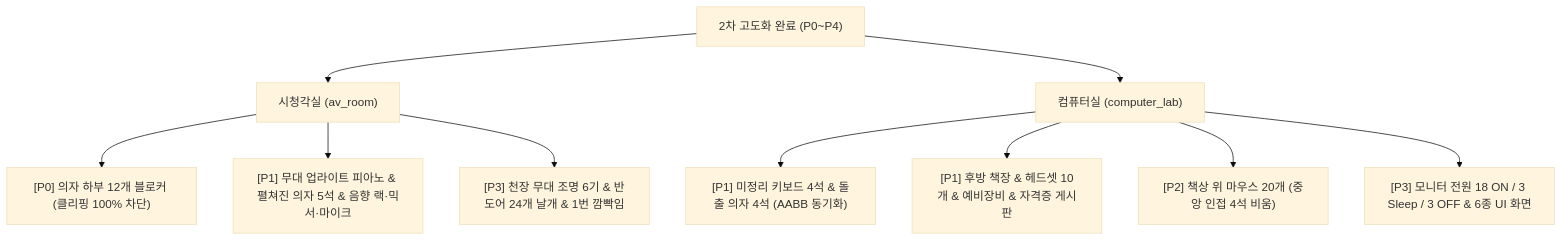
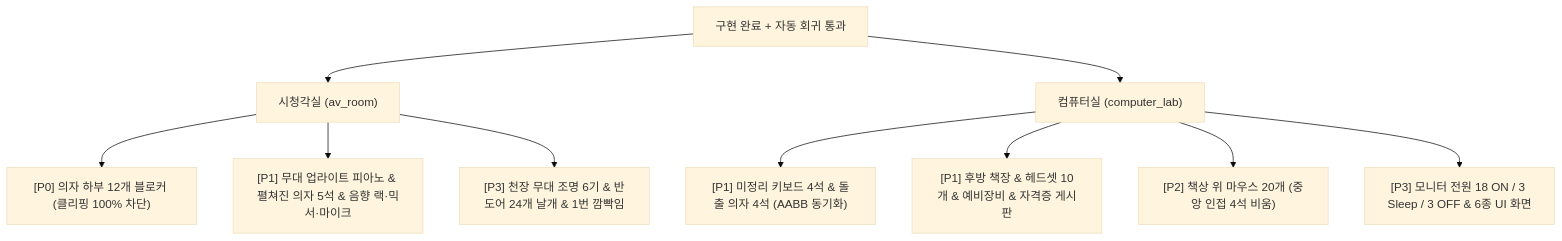
One commit to joonssem/eraser_hideandseek changed the diagram in docs/25_av_room_and_computer_lab_enhancement_completion_report.md. Above: the diagram before and after it, drawn with Mermaid (base theme). The commit also changed other lines of this file and 1 other file, not shown here.

````diff
--- a/docs/25_av_room_and_computer_lab_enhancement_completion_report.md
+++ b/docs/25_av_room_and_computer_lab_enhancement_completion_report.md
@@ -19,14 +19,14 @@
 ```mermaid
 graph TD
-    A["2차 고도화 완료 (P0~P4)"] --> B["시청각실 (av_room)"]
+    A["구현 완료 + 자동 회귀 통과"] --> B["시청각실 (av_room)"]
     A --> C["컴퓨터실 (computer_lab)"]
     
     B --> B0["[P0] 의자 하부 12개 블로커 (클리핑 100% 차단)"]
     B --> B1["[P1] 무대 업라이트 피아노 & 펼쳐진 의자 5석 & 음향 랙·믹서·마이크"]
     B --> B3["[P3] 천장 무대 조명 6기 & 반도어 24개 날개 & 1번 깜빡임"]
     
     C --> C1["[P1] 미정리 키보드 4석 & 돌출 의자 4석 (AABB 동기화)"]
     C --> C12["[P1] 후방 책장 & 헤드셋 10개 & 예비장비 & 자격증 게시판"]
     C --> C2["[P2] 책상 위 마우스 20개 (중앙 인접 4석 비움)"]
     C --> C3["[P3] 모니터 전원 18 ON / 3 Sleep / 3 OFF & 6종 UI 화면"]
 ```
````
